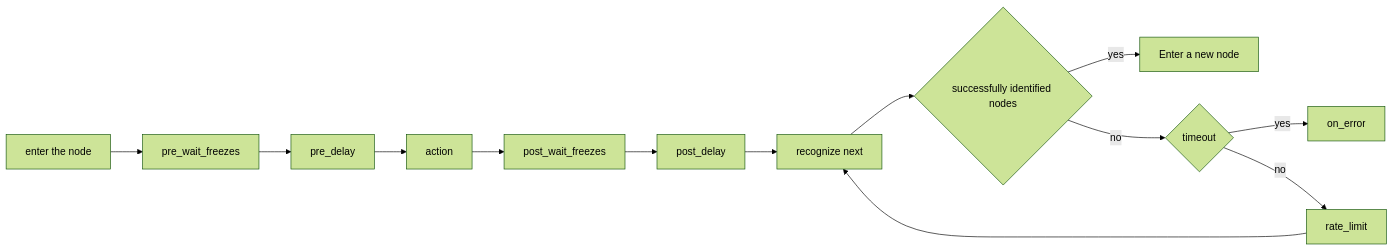
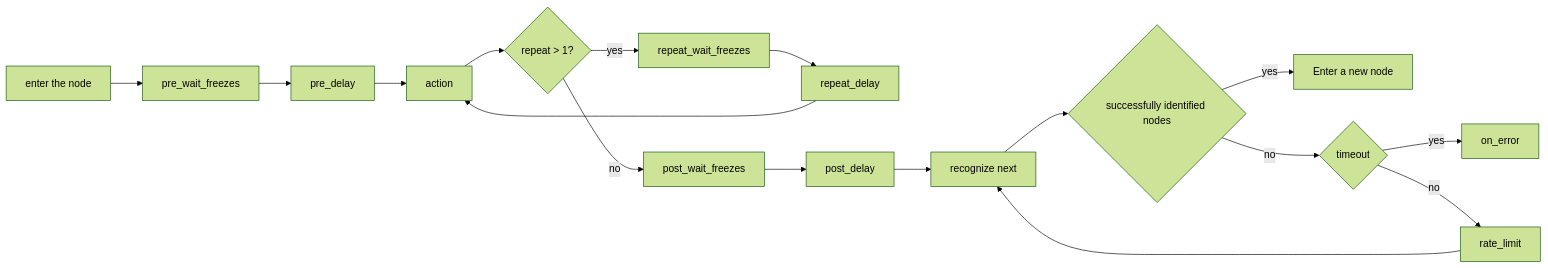
One commit to MaaXYZ/MaaFramework changed the third of 4 diagrams in docs/en_us/3.1-PipelineProtocol.md. Above: the diagram before and after it, drawn with Mermaid (forest theme). The commit also changed other lines of this file and 11 other files, not shown here.

````diff
--- a/docs/en_us/3.1-PipelineProtocol.md
+++ b/docs/en_us/3.1-PipelineProtocol.md
@@ -222,15 +235,19 @@
 ```mermaid
     graph LR
         A[enter the node] --> B[pre_wait_freezes]
         B --> C[pre_delay]
         C --> D[action]
-        D --> E[post_wait_freezes]
+        D --> M{repeat > 1?}
+        M -->|yes| N[repeat_wait_freezes]
+        N --> O[repeat_delay]
+        O --> D
+        M -->|no| E[post_wait_freezes]
         E --> F[post_delay]
         F --> G[recognize next]
         G --> H{successfully identified nodes}
         H -->|yes| I[Enter a new node]
         H -->|no| J{timeout}
         J -->|yes| K[on_error]
         J -->|no| L[rate_limit]
         L --> G
 ```
````
